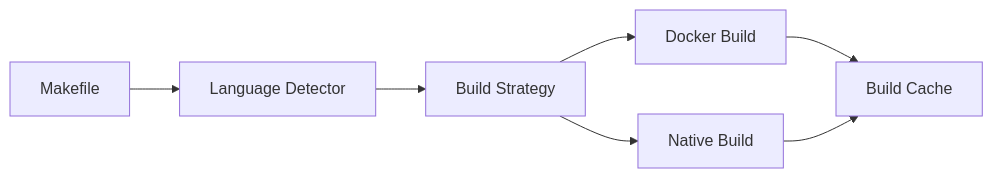
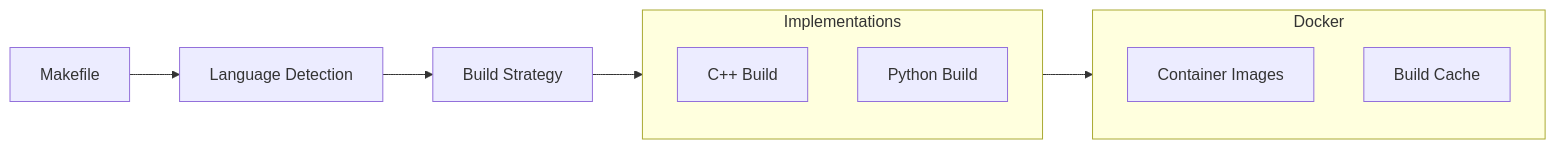
One commit to jlheater/test-project-123456 changed the seventh of 7 diagrams in memory-bank/systemPatterns.md. Above: the diagram before and after it, drawn with Mermaid. The commit also changed other lines of this file and 3 other files, not shown here.

````diff
--- a/memory-bank/systemPatterns.md
+++ b/memory-bank/systemPatterns.md
@@ -119,9 +181,19 @@
 ```mermaid
 flowchart LR
-    Make[Makefile] --> Lang[Language Detector]
-    Lang --> Build[Build Strategy]
-    Build --> Docker[Docker Build]
-    Build --> Native[Native Build]
-    Docker --> Cache[Build Cache]
-    Native --> Cache
+    Make["Makefile"] --> Detect["Language Detection"]
+    Detect --> Strategy["Build Strategy"]
+    
+    subgraph Implementations
+        CPP["C++ Build"]
+        PY["Python Build"]
+    end
+    
+    Strategy --> Implementations
+    
+    subgraph Docker
+        Images["Container Images"]
+        Cache["Build Cache"]
+    end
+    
+    Implementations --> Docker
 ```
````
